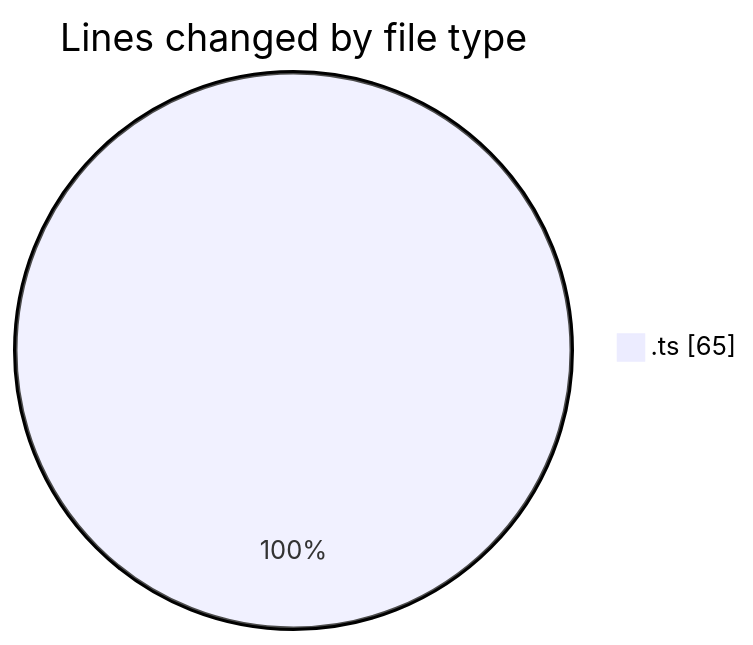
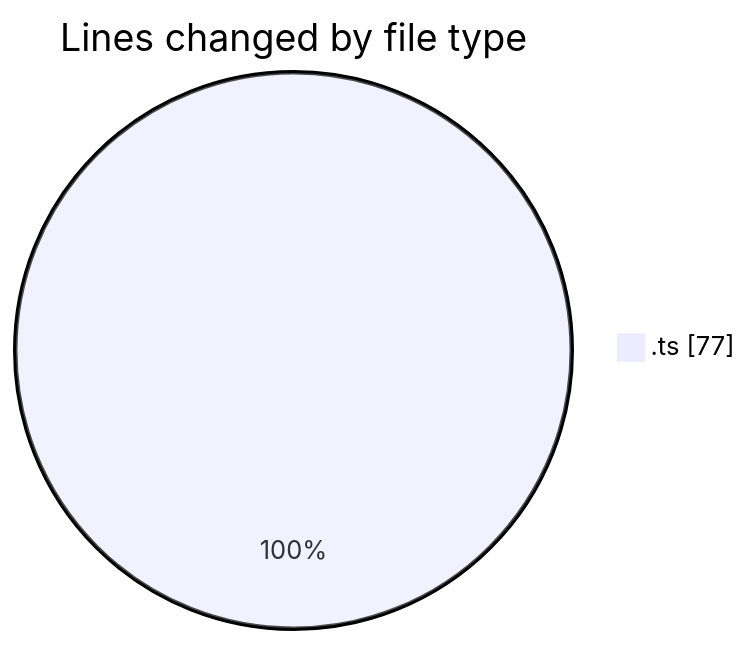
One commit to momahboobian/code-tracking changed the first of 2 diagrams in 2025-10-24/cda/README.md. Above: the diagram before and after it, drawn with Mermaid. The commit also changed other lines of this file and 1 other file, not shown here.

````diff
--- a/2025-10-24/cda/README.md
+++ b/2025-10-24/cda/README.md
@@ -20,5 +20,5 @@
 ```mermaid
 pie showData
 title Lines changed by file type
-".ts" : 65
+".ts" : 77
 ```
````
